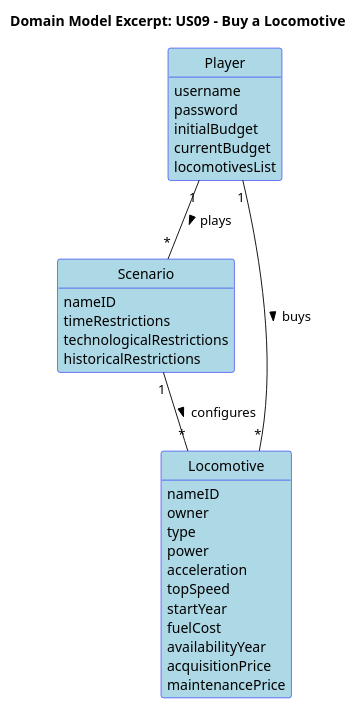
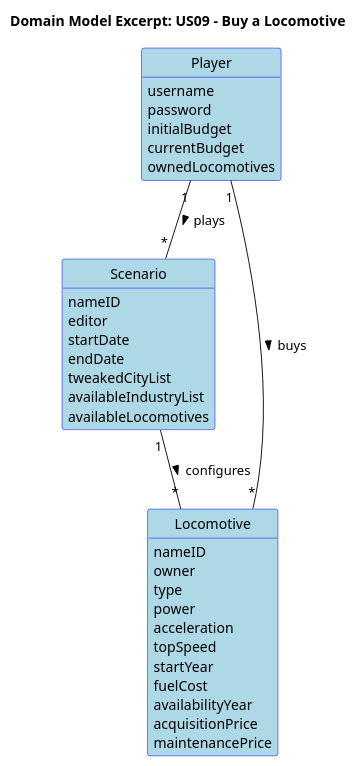
The diagram in docs/system-documentation/Sprint 2/US09/02.analysis/puml/US09-DM.puml (HenriqueSilva18/Railway-Network-Simulator), drawn with PlantUML before and after one commit. The commit also changed 48 other files, not shown here.

```diff
--- a/docs/system-documentation/Sprint 2/US09/02.analysis/puml/US09-DM.puml
+++ b/docs/system-documentation/Sprint 2/US09/02.analysis/puml/US09-DM.puml
@@ -1,53 +1,56 @@
 @startuml
 skinparam shadowing false
 skinparam classAttributeIconSize 0
 skinparam class {
   BackgroundColor LightBlue
   BorderColor Blue
 }
 skinparam enum {
   BackgroundColor LightBlue
   BorderColor Blue
 }
 hide circle
 hide methods
 
 title Domain Model Excerpt: US09 - Buy a Locomotive
 
 class Player {
   username
   password
   initialBudget
   currentBudget
-  locomotivesList
+  ownedLocomotives
 }
 
 class Scenario {
   nameID
-  timeRestrictions
-  technologicalRestrictions
-  historicalRestrictions
+  editor
+  startDate
+  endDate
+  tweakedCityList
+  availableIndustryList
+  availableLocomotives
 }
 
 class Locomotive {
   nameID
   owner
   type
   power
   acceleration
   topSpeed
   startYear
   fuelCost
   availabilityYear
   acquisitionPrice
   maintenancePrice
 }
 
 Player "1" -- "*" Scenario : plays >
 Player "1" -- "*" Locomotive : buys >
 Scenario "1" -- "*" Locomotive : configures >
 
 
 
 
 @enduml
```
